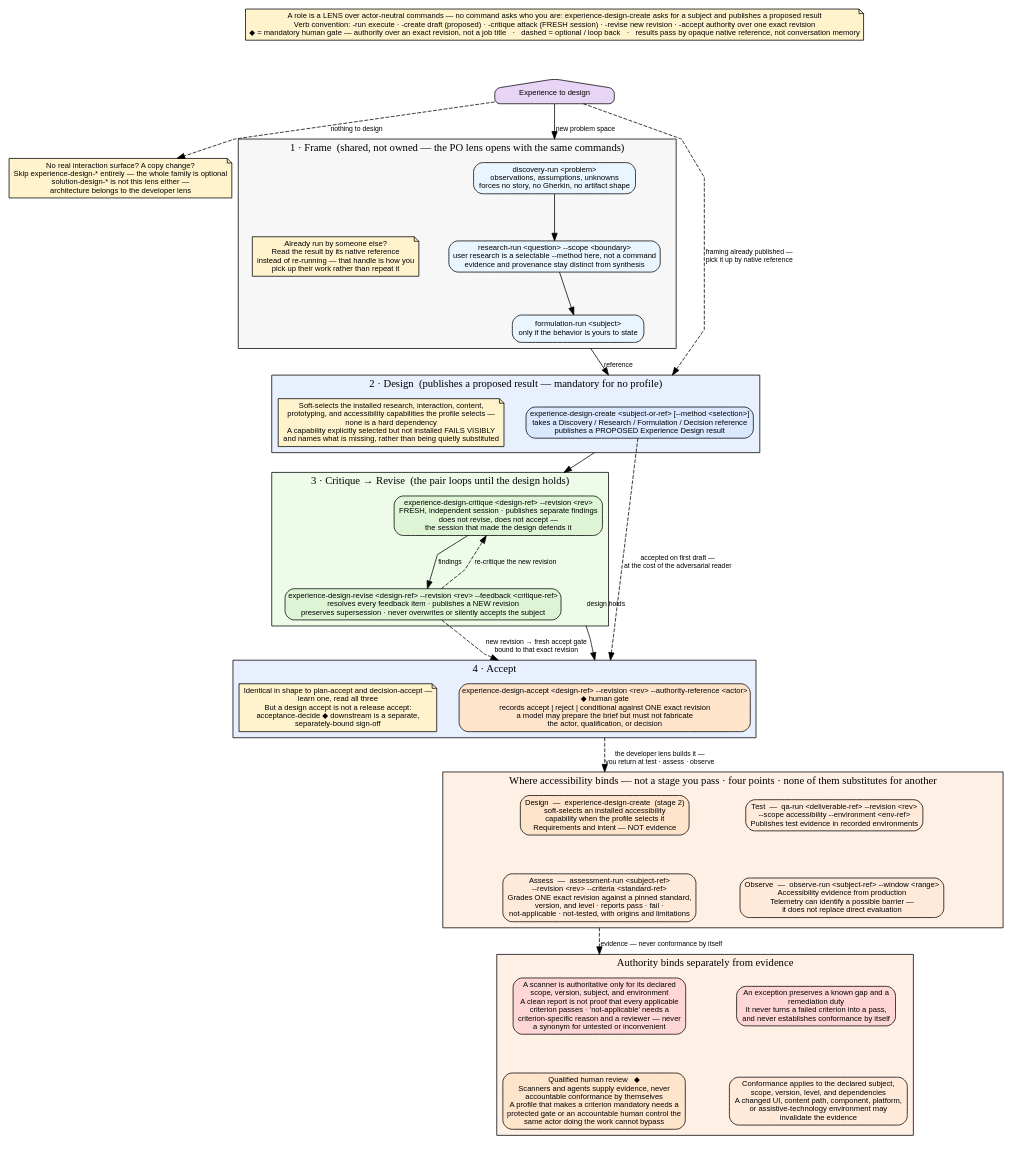
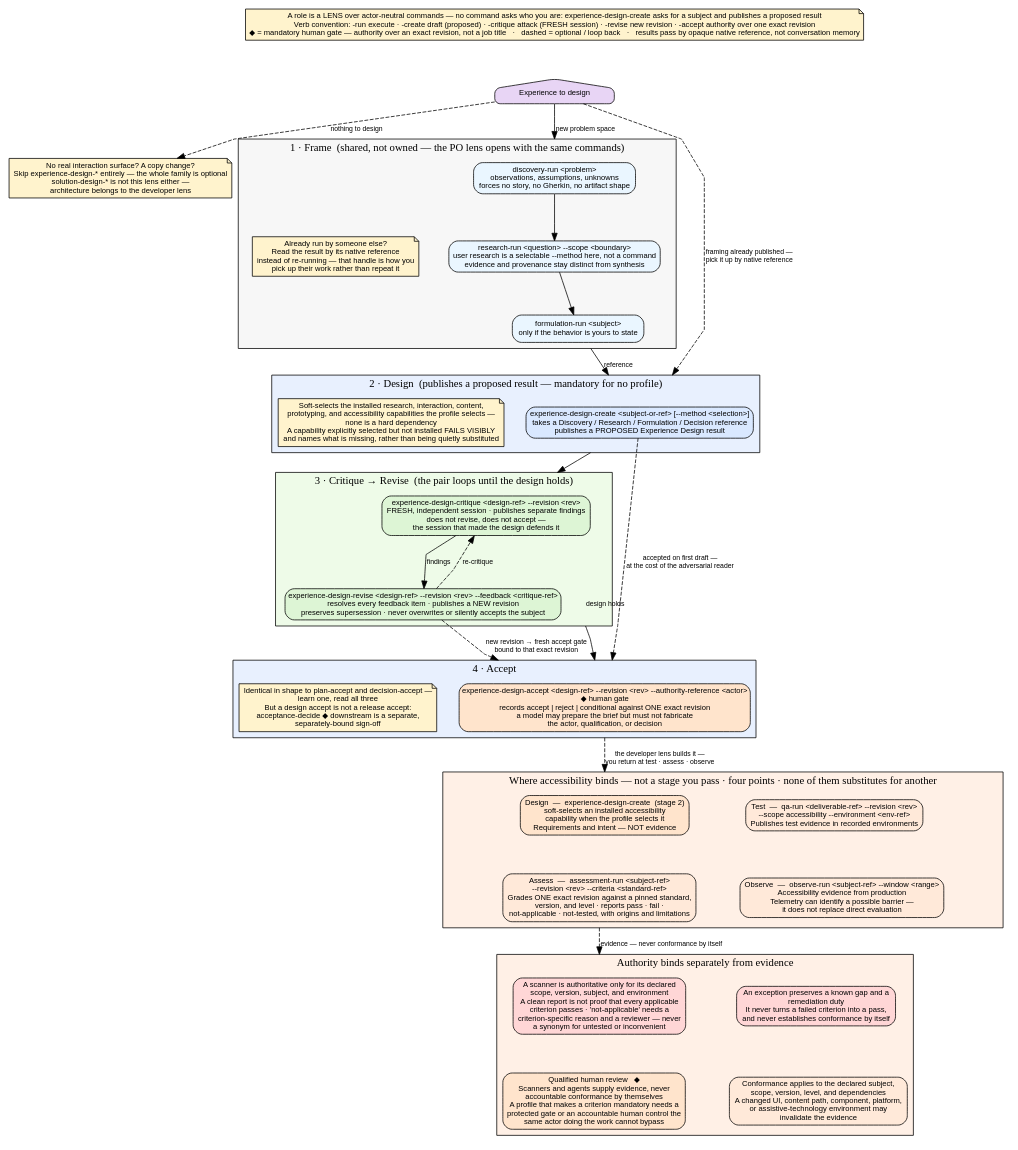
Before and after one commit to xonovex/platform: the diagram in packages/diagram/diagram-agent-workflow/ux-workflow.dot, drawn with Graphviz. The commit also changed 12 other files, not shown here.

First line of the commit message:
refactor(diagram): delete the composition maturity ladder

```diff
--- a/packages/diagram/diagram-agent-workflow/ux-workflow.dot
+++ b/packages/diagram/diagram-agent-workflow/ux-workflow.dot
@@ -1,114 +1,114 @@
 digraph UxWorkflow {
   rankdir=TB;
   compound=true;
   newrank=true;
   splines=polyline;
   nodesep=0.4;
   ranksep=0.7;
 
   node [shape=box, style="rounded,filled", fillcolor=white, fontname="Arial", fontsize=10];
   edge [fontname="Arial", fontsize=9];
 
   start [label="Experience to design", shape=house, fillcolor="#e8d5f5"];
   nosurface [label="No real interaction surface? A copy change?\nSkip experience-design-* entirely — the whole family is optional\nsolution-design-* is not this lens either —\narchitecture belongs to the developer lens", shape=note, fillcolor="#fff3cd"];
   start -> nosurface [label="nothing to design", style=dashed];
 
   subgraph cluster_frame {
     label="1 · Frame  (shared, not owned — the PO lens opens with the same commands)";
     style=filled;
     fillcolor="#f7f7f7";
 
     discovery [label="discovery-run <problem>\nobservations, assumptions, unknowns\nforces no story, no Gherkin, no artifact shape", fillcolor="#eaf6ff"];
     research [label="research-run <question> --scope <boundary>\nuser research is a selectable --method here, not a command\nevidence and provenance stay distinct from synthesis", fillcolor="#eaf6ff"];
     formulation [label="formulation-run <subject>\nonly if the behavior is yours to state", fillcolor="#eaf6ff"];
     reuse [label="Already run by someone else?\nRead the result by its native reference\ninstead of re-running — that handle is how you\npick up their work rather than repeat it", shape=note, fillcolor="#fff3cd"];
 
     discovery -> research -> formulation;
     {rank=same; research; reuse;}
   }
 
   subgraph cluster_design {
     label="2 · Design  (publishes a proposed result — mandatory for no profile)";
     style=filled;
     fillcolor="#e8f0fe";
 
     create [label="experience-design-create <subject-or-ref> [--method <selection>]\ntakes a Discovery / Research / Formulation / Decision reference\npublishes a PROPOSED Experience Design result", fillcolor="#d9e8ff"];
     capability [label="Soft-selects the installed research, interaction, content,\nprototyping, and accessibility capabilities the profile selects —\nnone is a hard dependency\nA capability explicitly selected but not installed FAILS VISIBLY\nand names what is missing, rather than being quietly substituted", shape=note, fillcolor="#fff3cd"];
 
     {rank=same; create; capability;}
   }
 
   subgraph cluster_critique {
     label="3 · Critique → Revise  (the pair loops until the design holds)";
     style=filled;
     fillcolor="#eefbe8";
 
     critique [label="experience-design-critique <design-ref> --revision <rev>\nFRESH, independent session · publishes separate findings\ndoes not revise, does not accept —\nthe session that made the design defends it", fillcolor="#ddf5d5"];
     revise [label="experience-design-revise <design-ref> --revision <rev> --feedback <critique-ref>\nresolves every feedback item · publishes a NEW revision\npreserves supersession · never overwrites or silently accepts the subject", fillcolor="#ddf5d5"];
 
     critique -> revise [label="findings"];
-    revise -> critique [label="re-critique the new revision", style=dashed];
+    revise -> critique [label="re-critique", style=dashed];
   }
 
   subgraph cluster_accept {
     label="4 · Accept";
     style=filled;
     fillcolor="#e8f0fe";
 
     accept [label="experience-design-accept <design-ref> --revision <rev> --authority-reference <actor>\n◆ human gate\nrecords accept | reject | conditional against ONE exact revision\na model may prepare the brief but must not fabricate\nthe actor, qualification, or decision", fillcolor="#ffe4cc"];
     notrelease [label="Identical in shape to plan-accept and decision-accept —\nlearn one, read all three\nBut a design accept is not a release accept:\nacceptance-decide ◆ downstream is a separate,\nseparately-bound sign-off", shape=note, fillcolor="#fff3cd"];
 
     {rank=same; accept; notrelease;}
   }
 
   start -> discovery [label="new problem space", lhead=cluster_frame];
   start -> create [label="framing already published —\npick it up by native reference", style=dashed, lhead=cluster_design];
   formulation -> create [ltail=cluster_frame, lhead=cluster_design, label="reference"];
   create -> critique [ltail=cluster_design, lhead=cluster_critique];
   create -> accept [label="accepted on first draft —\nat the cost of the adversarial reader", style=dashed, lhead=cluster_accept];
   critique -> accept [label="design holds", ltail=cluster_critique, lhead=cluster_accept];
   revise -> accept [label="new revision → fresh accept gate\nbound to that exact revision", style=dashed, lhead=cluster_accept];
 
   subgraph cluster_accessibility {
     label="Where accessibility binds — not a stage you pass · four points · none of them substitutes for another";
     style=filled;
     fillcolor="#fff0e6";
 
     a11ydesign [label="Design  —  experience-design-create  (stage 2)\nsoft-selects an installed accessibility\ncapability when the profile selects it\nRequirements and intent — NOT evidence", fillcolor="#ffe4cc"];
     a11ytest [label="Test  —  qa-run <deliverable-ref> --revision <rev>\n--scope accessibility --environment <env-ref>\nPublishes test evidence in recorded environments", fillcolor="#ffe9d9"];
     a11yassess [label="Assess  —  assessment-run <subject-ref>\n--revision <rev> --criteria <standard-ref>\nGrades ONE exact revision against a pinned standard,\nversion, and level · reports pass · fail ·\nnot-applicable · not-tested, with origins and limitations", fillcolor="#ffe9d9"];
     a11yobserve [label="Observe  —  observe-run <subject-ref> --window <range>\nAccessibility evidence from production\nTelemetry can identify a possible barrier —\nit does not replace direct evaluation", fillcolor="#ffe9d9"];
 
     {rank=same; a11ydesign; a11ytest;}
     {rank=same; a11yassess; a11yobserve;}
     a11ydesign -> a11ytest [style=invis];
     a11yassess -> a11yobserve [style=invis];
     a11ydesign -> a11yassess [style=invis];
     a11ytest -> a11yobserve [style=invis];
   }
 
   accept -> a11ydesign [label="the developer lens builds it —\nyou return at test · assess · observe", style=dashed, ltail=cluster_accept, lhead=cluster_accessibility];
 
   subgraph cluster_authority {
     label="Authority binds separately from evidence";
     style=filled;
     fillcolor="#fff0e6";
 
     scanner [label="A scanner is authoritative only for its declared\nscope, version, subject, and environment\nA clean report is not proof that every applicable\ncriterion passes · 'not-applicable' needs a\ncriterion-specific reason and a reviewer — never\na synonym for untested or inconvenient", fillcolor="#ffd6d6"];
     exception [label="An exception preserves a known gap and a\nremediation duty\nIt never turns a failed criterion into a pass,\nand never establishes conformance by itself", fillcolor="#ffd6d6"];
     humanreview [label="Qualified human review   ◆\nScanners and agents supply evidence, never\naccountable conformance by themselves\nA profile that makes a criterion mandatory needs a\nprotected gate or an accountable human control the\nsame actor doing the work cannot bypass", fillcolor="#ffe4cc"];
     freshness [label="Conformance applies to the declared subject,\nscope, version, level, and dependencies\nA changed UI, content path, component, platform,\nor assistive-technology environment may\ninvalidate the evidence", fillcolor="#ffe9d9"];
 
     {rank=same; scanner; exception;}
     {rank=same; humanreview; freshness;}
     scanner -> exception [style=invis];
     humanreview -> freshness [style=invis];
     scanner -> humanreview [style=invis];
     exception -> freshness [style=invis];
   }
 
   a11yassess -> scanner [label="evidence — never conformance by itself", style=dashed, ltail=cluster_accessibility, lhead=cluster_authority];
 
   legend [label="A role is a LENS over actor-neutral commands — no command asks who you are: experience-design-create asks for a subject and publishes a proposed result\nVerb convention: -run execute · -create draft (proposed) · -critique attack (FRESH session) · -revise new revision · -accept authority over one exact revision\n◆ = mandatory human gate — authority over an exact revision, not a job title   ·   dashed = optional / loop back   ·   results pass by opaque native reference, not conversation memory", shape=note, fillcolor="#fff3cd"];
   legend -> start [style=invis];
 }
```
